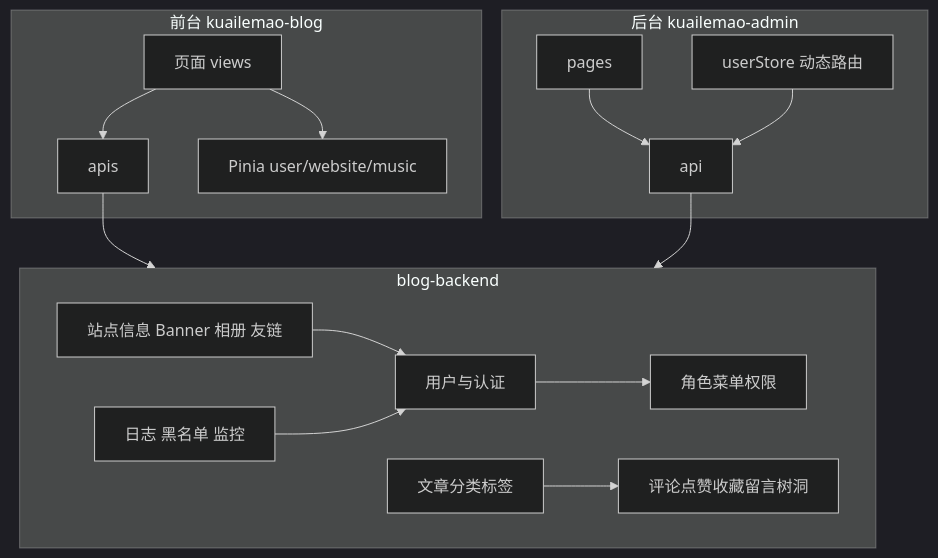
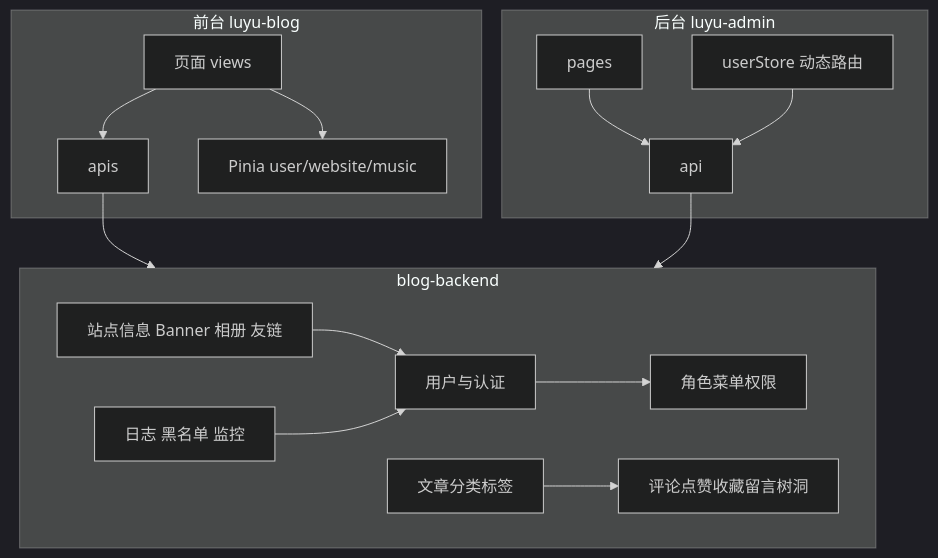
Before and after one commit to zhengluyu-oss/personal-website: the second of 3 diagrams in superpowers/project/architecture.md, drawn with Mermaid (dark theme). The commit also changed other lines of this file and 126 other files, not shown here.

````diff
--- a/superpowers/project/architecture.md
+++ b/superpowers/project/architecture.md
@@ -83,31 +83,31 @@
 ```mermaid
 flowchart TB
-  subgraph front [前台 kuailemao-blog]
+  subgraph front [前台 luyu-blog]
     Pages[页面 views]
     APIs[apis]
     Pinia[Pinia user/website/music]
     Pages --> APIs
     Pages --> Pinia
   end
-  subgraph admin [后台 kuailemao-admin]
+  subgraph admin [后台 luyu-admin]
     AdminPages[pages]
     AdminAPI[api]
     UserStore[userStore 动态路由]
     AdminPages --> AdminAPI
     UserStore --> AdminAPI
   end
   subgraph backend [blog-backend]
     UserMod[用户与认证]
     RBAC[角色菜单权限]
     Content[文章分类标签]
     Interact[评论点赞收藏留言树洞]
     Site[站点信息 Banner 相册 友链]
     Ops[日志 黑名单 监控]
     UserMod --> RBAC
     Content --> Interact
     Site --> UserMod
     Ops --> UserMod
   end
   APIs --> backend
   AdminAPI --> backend
 ```
````
